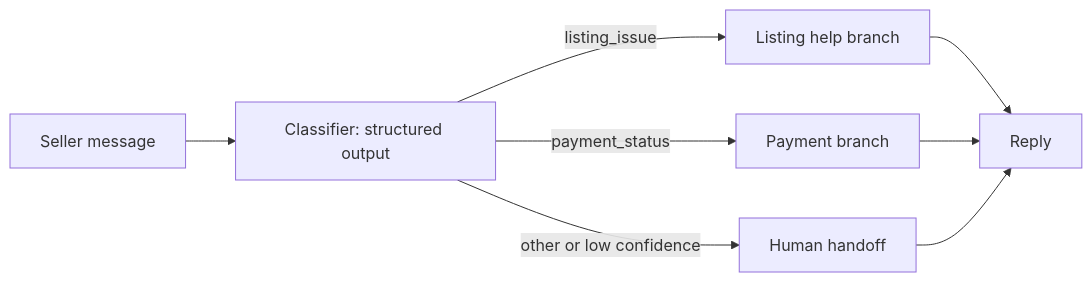
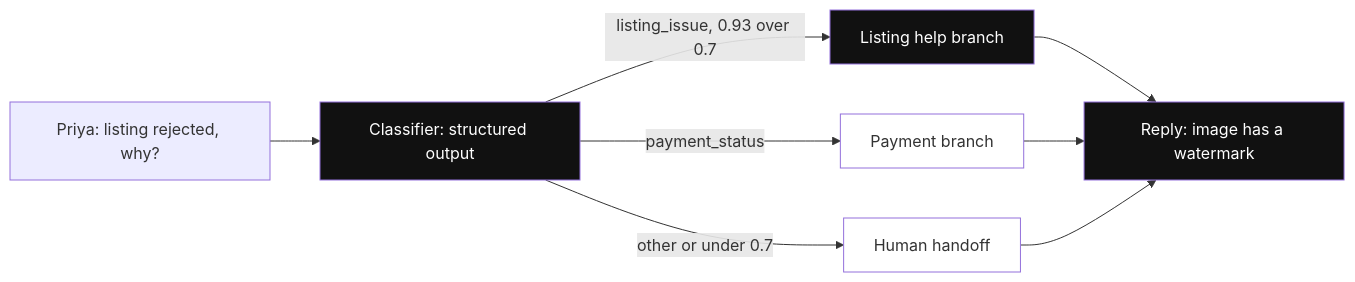
The fourth of 10 diagrams in content-en/11-agentic/03-workflow-patterns.md (flow6979/viewinter), drawn with Mermaid before and after one commit. The commit also changed other lines of this file and 85 other files, not shown here.

First line of the commit message:
AI + RAG content: add diagrams across every page (196 -> 513)

````diff
--- a/content-en/11-agentic/03-workflow-patterns.md
+++ b/content-en/11-agentic/03-workflow-patterns.md
@@ -215,10 +227,12 @@
 ```mermaid
 flowchart LR
-    U["Seller message"] --> C["Classifier: structured output"]
-    C -->|listing_issue| O["Listing help branch"]
-    C -->|payment_status| R["Payment branch"]
-    C -->|other or low confidence| H["Human handoff"]
-    O --> E["Reply"]
+    U["Priya: listing rejected, why?"] --> C["Classifier: structured output"]:::hot
+    C -->|listing_issue, 0.93 over 0.7| O["Listing help branch"]:::hot
+    C -->|payment_status| R["Payment branch"]:::dim
+    C -->|other or under 0.7| H["Human handoff"]:::dim
+    O --> E["Reply: image has a watermark"]:::hot
     R --> E
     H --> E
+    classDef hot fill:#111,color:#fff
+    classDef dim fill:#fff
 ```
````
